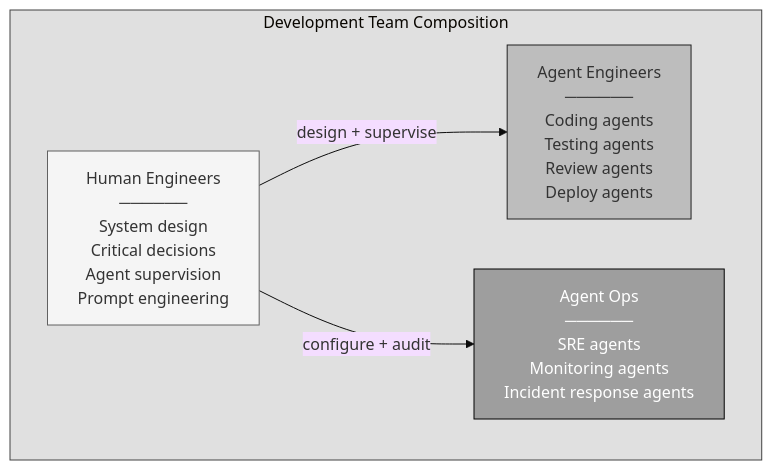
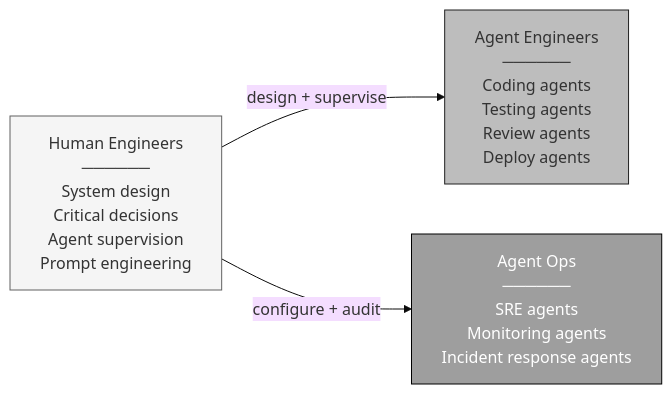
One commit to Shekharrajak/agent-design-patterns changed the ninth of 9 diagrams in docs/posts/08-the-future-of-software-systems.md. Above: the diagram before and after it, drawn with Mermaid (base theme). The commit also changed other lines of this file and 7 other files, not shown here.

Commit message:
fix: resolve Mermaid rendering issues across all chapters

````diff
--- a/docs/posts/08-the-future-of-software-systems.md
+++ b/docs/posts/08-the-future-of-software-systems.md
@@ -235,19 +216,12 @@
 ```mermaid
-graph TD
-    subgraph TEAM["Development Team Composition"]
-        direction LR
-        HUMAN_DEV["Human Engineers<br/>──────<br/>System design<br/>Critical decisions<br/>Agent supervision<br/>Prompt engineering"]
-        
-        AGENT_DEV["Agent Engineers<br/>──────<br/>Coding agents<br/>Testing agents<br/>Review agents<br/>Deploy agents"]
-        
-        AGENT_OPS["Agent Ops<br/>──────<br/>SRE agents<br/>Monitoring agents<br/>Incident response agents"]
-    end
+graph LR
+    HUMAN_DEV["Human Engineers<br/>──────<br/>System design<br/>Critical decisions<br/>Agent supervision<br/>Prompt engineering"]
 
-    HUMAN_DEV -->|design + supervise| AGENT_DEV
-    HUMAN_DEV -->|configure + audit| AGENT_OPS
+    HUMAN_DEV -->|"design + supervise"| AGENT_DEV["Agent Engineers<br/>──────<br/>Coding agents<br/>Testing agents<br/>Review agents<br/>Deploy agents"]
 
-    style TEAM fill:#e0e0e0,stroke:#424242
+    HUMAN_DEV -->|"configure + audit"| AGENT_OPS["Agent Ops<br/>──────<br/>SRE agents<br/>Monitoring agents<br/>Incident response agents"]
+
     style HUMAN_DEV fill:#f5f5f5,stroke:#616161
     style AGENT_DEV fill:#bdbdbd,stroke:#212121
     style AGENT_OPS fill:#9e9e9e,stroke:#000,color:#fff
 ```
````
